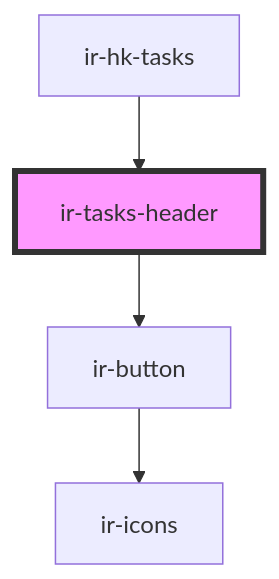
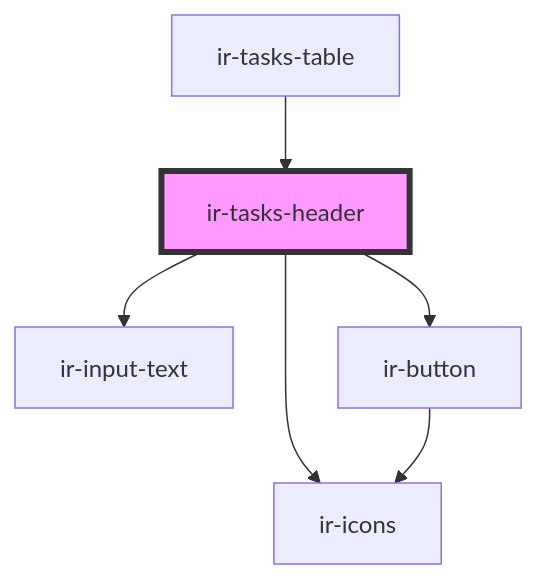
Before and after one commit to David1Chowaifaty/modified-ir-webcmp: the diagram in src/components/ir-housekeeping/ir-hk-tasks/ir-tasks-header/readme.md, drawn with Mermaid. The commit also changed other lines of this file and 58 other files, not shown here.

````diff
--- a/src/components/ir-housekeeping/ir-hk-tasks/ir-tasks-header/readme.md
+++ b/src/components/ir-housekeeping/ir-hk-tasks/ir-tasks-header/readme.md
@@ -33,7 +28,9 @@
 ```mermaid
 graph TD;
+  ir-tasks-header --> ir-input-text
+  ir-tasks-header --> ir-icons
   ir-tasks-header --> ir-button
   ir-button --> ir-icons
-  ir-hk-tasks --> ir-tasks-header
+  ir-tasks-table --> ir-tasks-header
   style ir-tasks-header fill:#f9f,stroke:#333,stroke-width:4px
 ```
````
